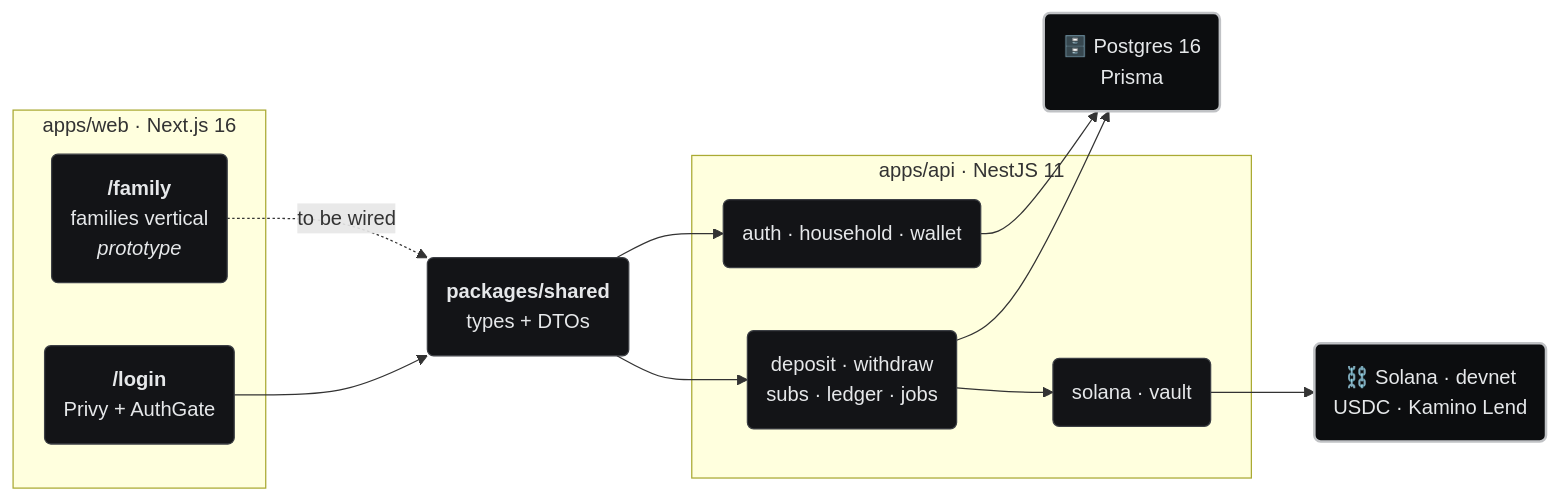
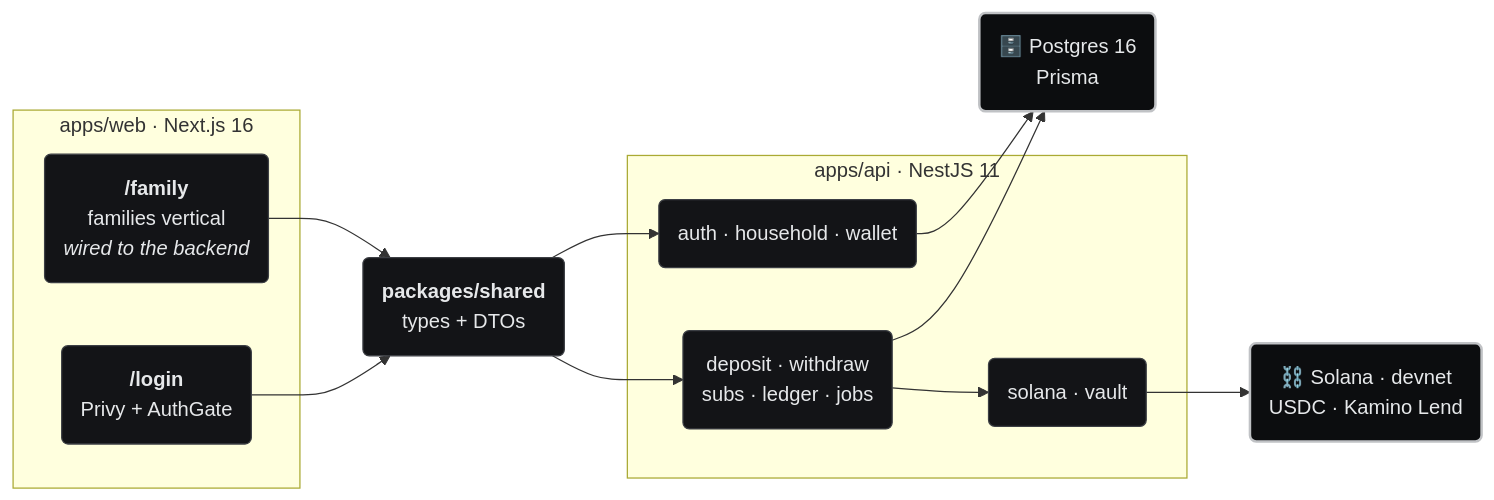
One commit to Tiago-Alcantara/yield2Pay-solana changed the third of 3 diagrams in README.en.md. Above: the diagram before and after it, drawn with Mermaid. The commit also changed other lines of this file and 1 other file, not shown here.

First line of the commit message:
docs: update README to match the wired /family vertical

````diff
--- a/README.en.md
+++ b/README.en.md
@@ -219,32 +226,32 @@
 ```mermaid
 flowchart LR
     subgraph web["apps/web · Next.js 16"]
-        FAM("<b>/family</b><br/>families vertical<br/><i>prototype</i>")
+        FAM("<b>/family</b><br/>families vertical<br/><i>wired to the backend</i>")
         LOGIN("<b>/login</b><br/>Privy + AuthGate")
     end
 
     T("<b>packages/shared</b><br/>types + DTOs")
 
     subgraph api["apps/api · NestJS 11"]
         AUTH("auth · household · wallet")
         FLOW("deposit · withdraw<br/>subs · ledger · jobs")
         CHAIN("solana · vault")
     end
 
     PG("🗄️ Postgres 16<br/>Prisma")
     SOL("⛓️ Solana · devnet<br/>USDC · Kamino Lend")
 
-    FAM -.->|"to be wired"| T
+    FAM --> T
     LOGIN --> T
     T --> AUTH
     T --> FLOW
     AUTH --> PG
     FLOW --> PG
     FLOW --> CHAIN
     CHAIN --> SOL
 
     classDef box fill:#131417,stroke:#3c3f44,stroke-width:1px,color:#E6E8EA
     classDef ext fill:#0c0d0f,stroke:#C0C2C5,stroke-width:2px,color:#E6E8EA
     class FAM,LOGIN,T,AUTH,FLOW,CHAIN box
     class PG,SOL ext
 ```
````
